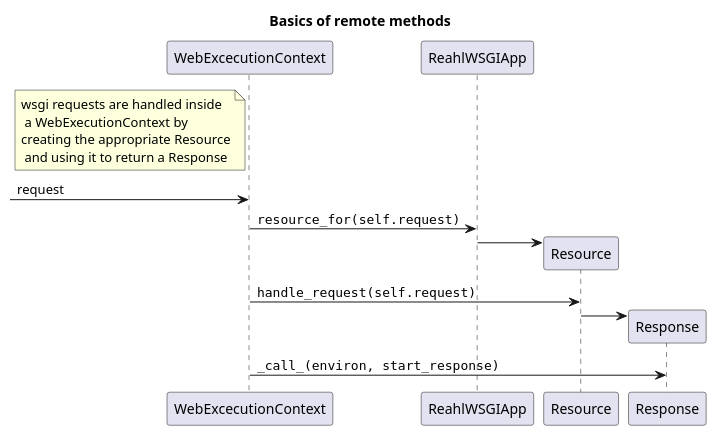
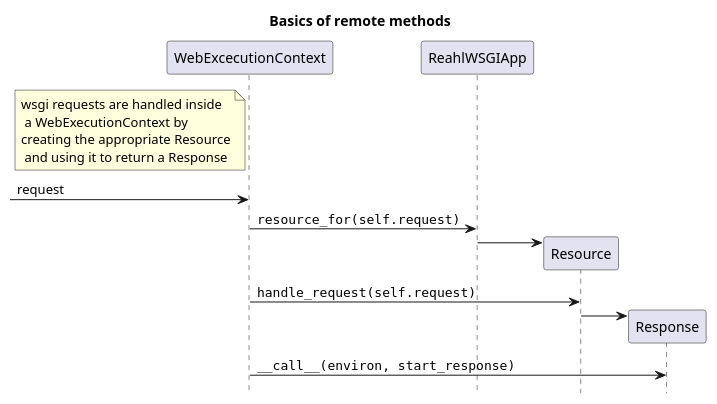
Before and after one commit to reahl/reahl: the diagram in reahl-web/reahl/web_dev/advanced/request_handling.puml, drawn with PlantUML. The commit also changed 28 other files, not shown here.

```diff
--- a/reahl-web/reahl/web_dev/advanced/request_handling.puml
+++ b/reahl-web/reahl/web_dev/advanced/request_handling.puml
@@ -1,20 +1,19 @@
 @startuml
 
 title Basics of remote methods
 
-hide members
-hide circle
+hide footbox
 
 note left of WebExcecutionContext: 	wsgi requests are handled inside\n a WebExecutionContext by \ncreating the appropriate Resource\n and using it to return a Response
 
 
 -> WebExcecutionContext : request
 WebExcecutionContext -> ReahlWSGIApp : ""resource_for(self.request)""
 create Resource
 ReahlWSGIApp -> Resource
 WebExcecutionContext -> Resource : ""handle_request(self.request)""
 create Response
 Resource -> Response
-WebExcecutionContext -> Response : ""_call_(environ, start_response)""
+WebExcecutionContext -> Response : ""~__call__(environ, start_response)""
 
 @enduml
```
